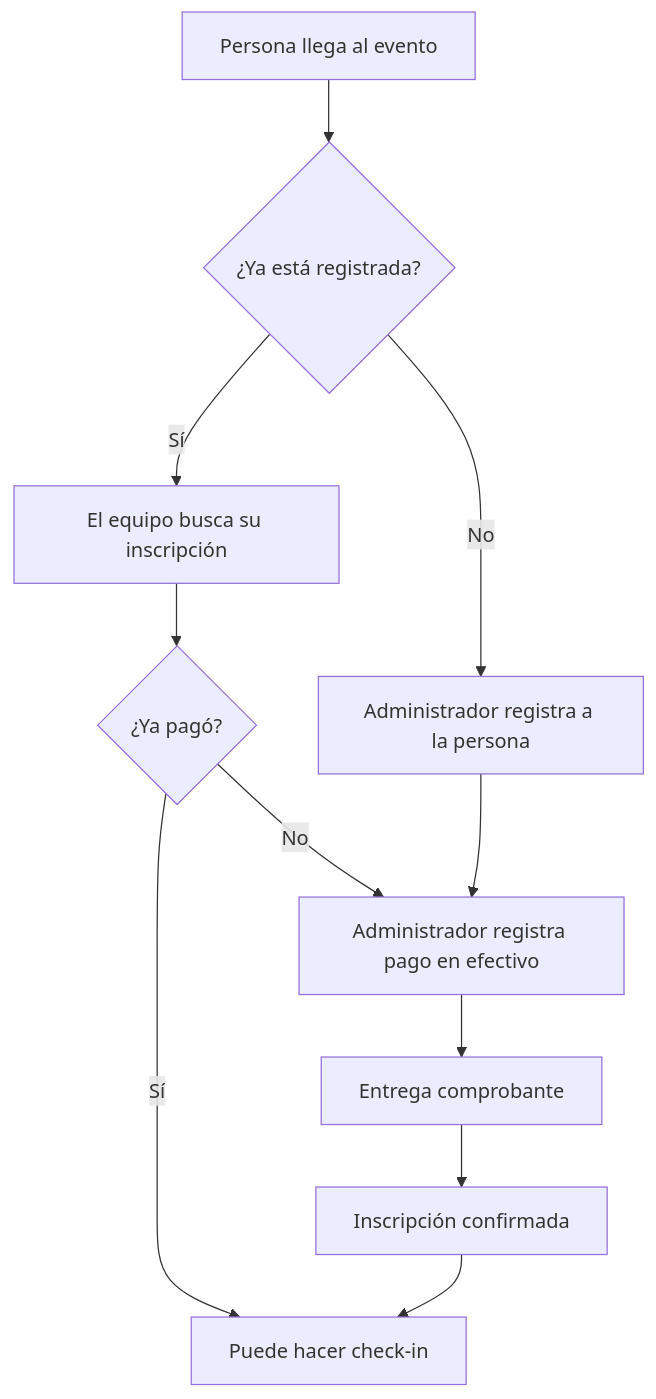
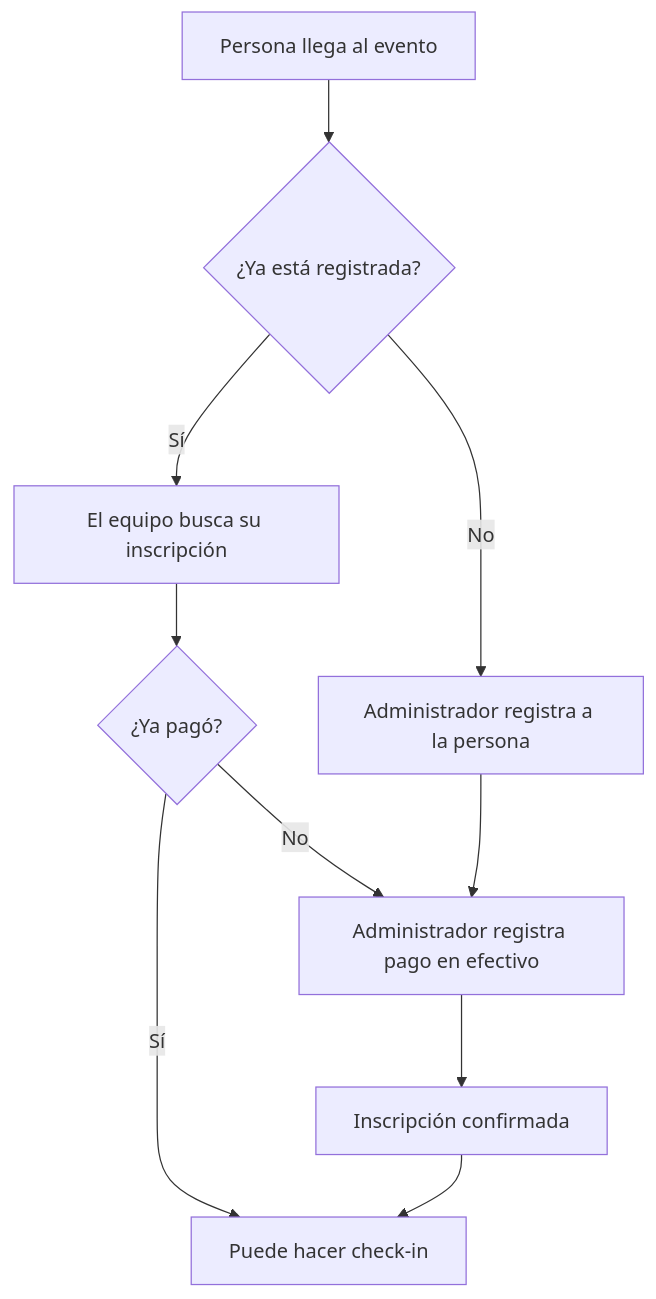
The second of 4 diagrams in docs/product/november-2026-mvp-proposal.md (KevinBarrera/nuestro-breaking), drawn with Mermaid before and after one commit. The commit also changed other lines of this file and 5 other files, not shown here.

````diff
--- a/docs/product/november-2026-mvp-proposal.md
+++ b/docs/product/november-2026-mvp-proposal.md
@@ -57,13 +57,12 @@
 ```mermaid
 flowchart TD
     A[Persona llega al evento] --> B{¿Ya está registrada?}
     B -->|Sí| C[El equipo busca su inscripción]
     B -->|No| D[Administrador registra a la persona]
     C --> E{¿Ya pagó?}
     E -->|Sí| F[Puede hacer check-in]
     E -->|No| G[Administrador registra pago en efectivo]
     D --> G
-    G --> H[Entrega comprobante]
-    H --> I[Inscripción confirmada]
+    G --> I[Inscripción confirmada]
     I --> F
 ```
````
